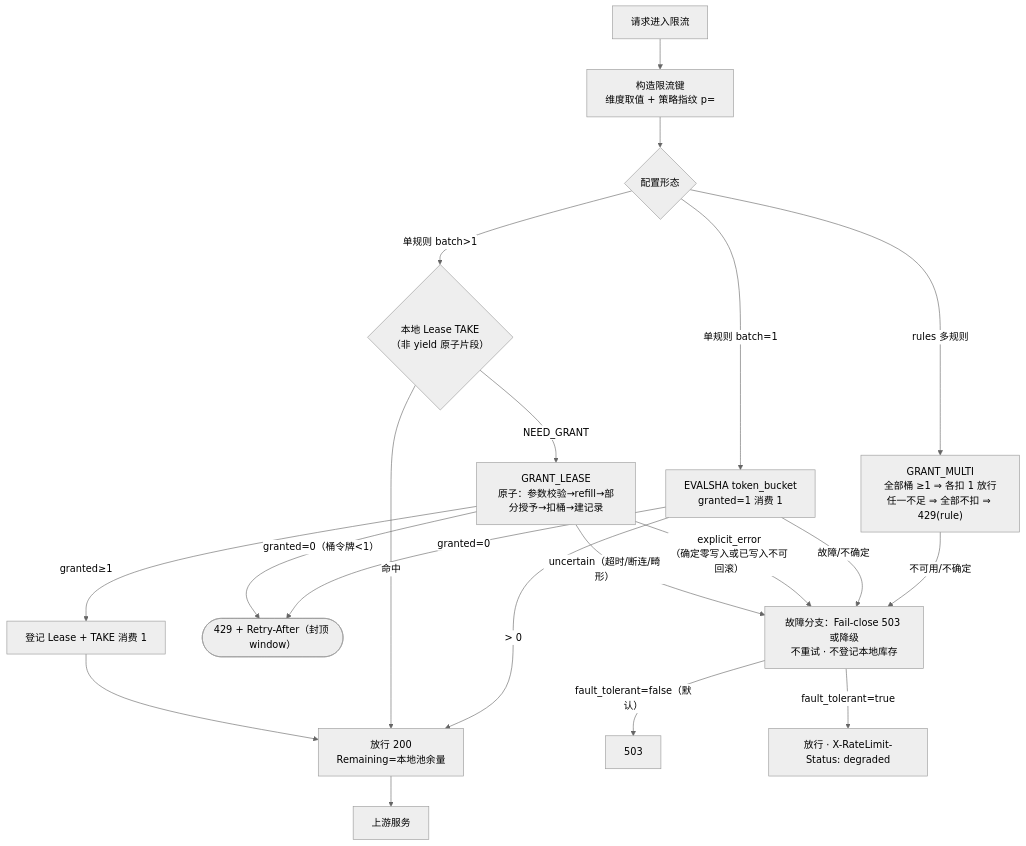
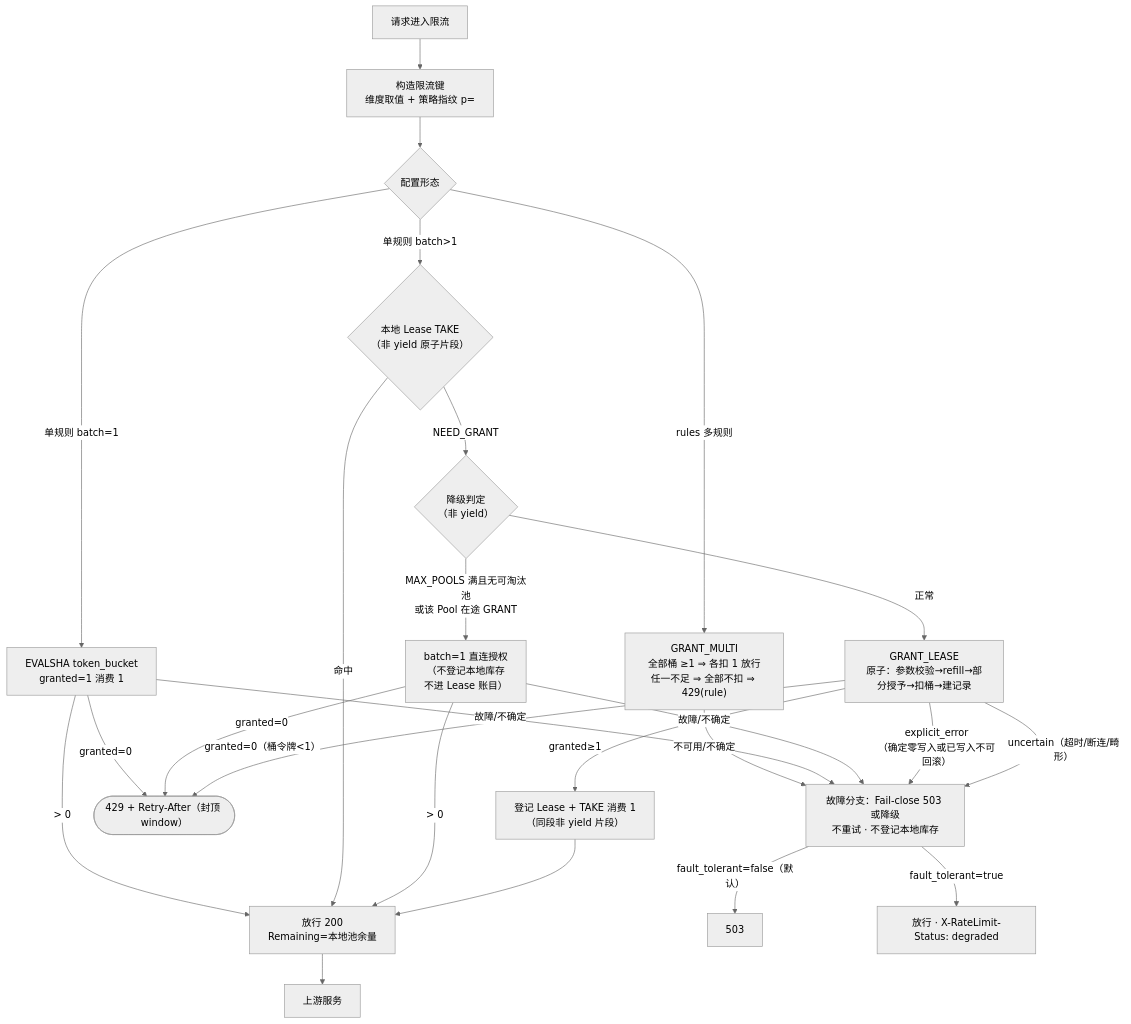
Before and after one commit to EffortsToTheBald/kong-ratelimit: the diagram in docs/architecture.md, drawn with Mermaid (neutral theme). The commit also changed other lines of this file, not shown here.

Commit message:
docs: architecture diagram with worker-private leases and pool lifecycle

````diff
--- a/docs/architecture.md
+++ b/docs/architecture.md
@@ -49,24 +79,29 @@
 ```mermaid
 flowchart TD
     REQ["请求进入限流"] --> KEY["构造限流键<br/>维度取值 + 策略指纹 p="]
     KEY --> MODE{"配置形态"}
     MODE -->|"rules 多规则"| MGRANT["GRANT_MULTI<br/>全部桶 ≥1 ⇒ 各扣 1 放行<br/>任一不足 ⇒ 全部不扣 ⇒ 429(rule)"]
     MGRANT -->|"不可用/不确定"| FT
     MODE -->|"单规则 batch=1"| B1["EVALSHA token_bucket<br/>granted=1 消费 1"]
     B1 -->|"> 0"| PASS
     B1 -->|"granted=0"| REJ
     B1 -->|"故障/不确定"| FT
     MODE -->|"单规则 batch>1"| TAKE{"本地 Lease TAKE<br/>（非 yield 原子片段）"}
     TAKE -->|"命中"| PASS["放行 200<br/>Remaining=本地池余量"]
-    TAKE -->|"NEED_GRANT"| G["GRANT_LEASE<br/>原子：参数校验→refill→部分授予→扣桶→建记录"]
-    G -->|"granted≥1"| USE["登记 Lease + TAKE 消费 1"]
+    TAKE -->|"NEED_GRANT"| DEGQ{"降级判定<br/>（非 yield）"}
+    DEGQ -->|"MAX_POOLS 满且无可淘汰池<br/>或该 Pool 在途 GRANT"| DIRECT["batch=1 直连授权<br/>（不登记本地库存<br/>不进 Lease 账目）"]
+    DIRECT -->|"> 0"| PASS
+    DIRECT -->|"granted=0"| REJ
+    DIRECT -->|"故障/不确定"| FT
+    DEGQ -->|"正常"| G["GRANT_LEASE<br/>原子：参数校验→refill→部分授予→扣桶→建记录"]
+    G -->|"granted≥1"| USE["登记 Lease + TAKE 消费 1<br/>（同段非 yield 片段）"]
     USE --> PASS
     G -->|"granted=0（桶令牌<1）"| REJ["429 · Retry-After<br/>（不建 Lease）"]
     G -->|"explicit_error<br/>（确定零写入或已写入不可回滚）"| FT
     G -->|"uncertain（超时/断连/畸形）"| FT["故障分支：Fail-close 503 或降级<br/>不重试 · 不登记本地库存"]
     FT -->|"fault_tolerant=false（默认）"| S503["503"]
     FT -->|"fault_tolerant=true"| DEG["放行 · X-RateLimit-Status: degraded"]
 
     REJ(["429 + Retry-After（封顶 window）"])
     PASS --> UP["上游服务"]
 ```
````
